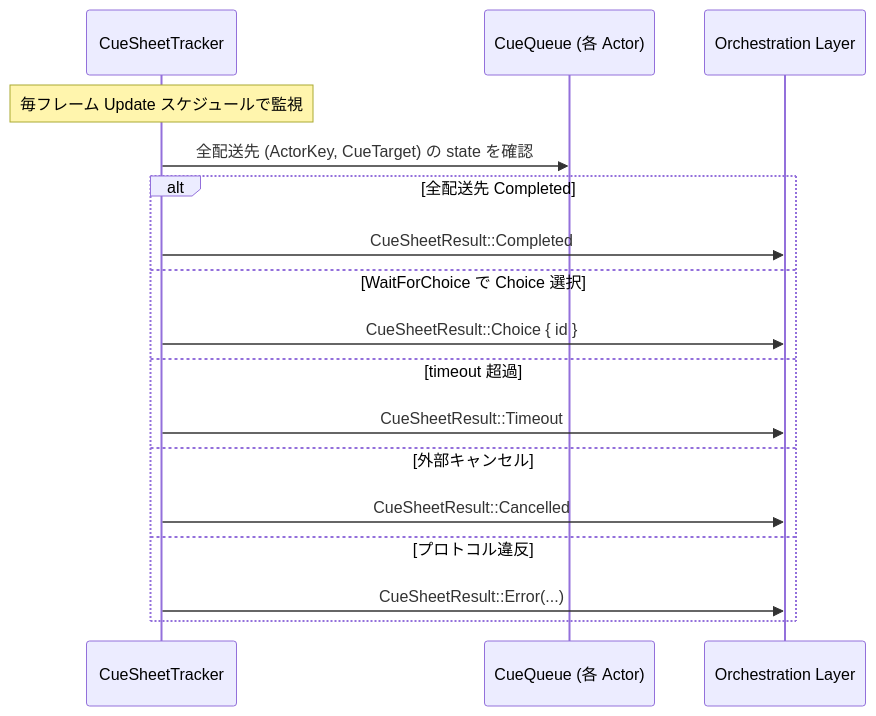
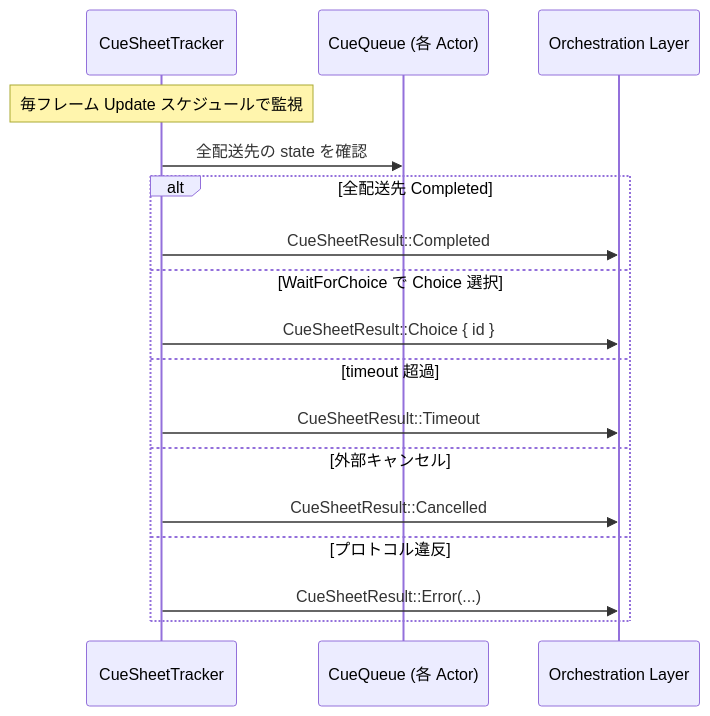
One commit to ekicyou/areka changed the fourth of 5 diagrams in .kiro/specs/wintf-P0-cue-system/design.md. Above: the diagram before and after it, drawn with Mermaid. The commit also changed other lines of this file and 1 other file, not shown here.

````diff
--- a/.kiro/specs/wintf-P0-cue-system/design.md
+++ b/.kiro/specs/wintf-P0-cue-system/design.md
@@ -174,20 +176,20 @@
 ```mermaid
 sequenceDiagram
     participant T as CueSheetTracker
     participant Q as CueQueue (各 Actor)
     participant O as Orchestration Layer
 
     Note over T: 毎フレーム Update スケジュールで監視
-    T->>Q: 全配送先 (ActorKey, CueTarget) の state を確認
+    T->>Q: 全配送先の state を確認
     alt 全配送先 Completed
         T->>O: CueSheetResult::Completed
     else WaitForChoice で Choice 選択
         T->>O: CueSheetResult::Choice { id }
     else timeout 超過
         T->>O: CueSheetResult::Timeout
     else 外部キャンセル
         T->>O: CueSheetResult::Cancelled
     else プロトコル違反
         T->>O: CueSheetResult::Error(...)
     end
 ```
````
